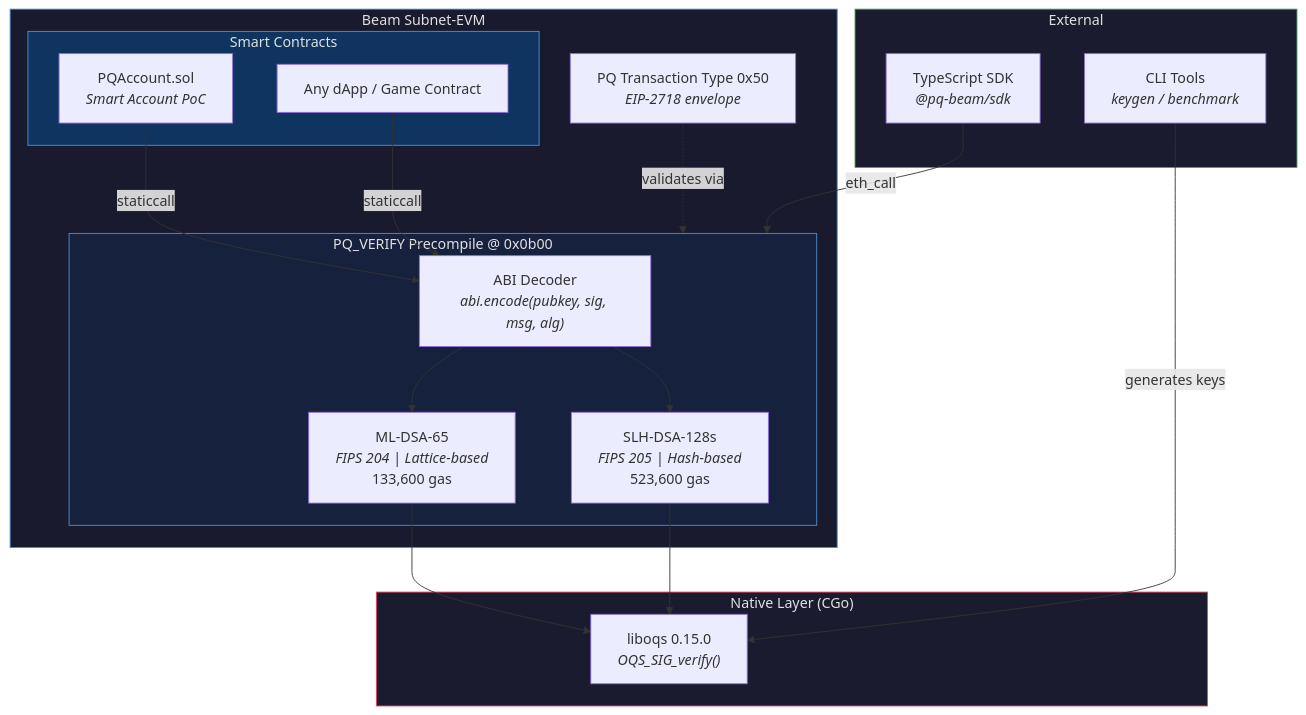
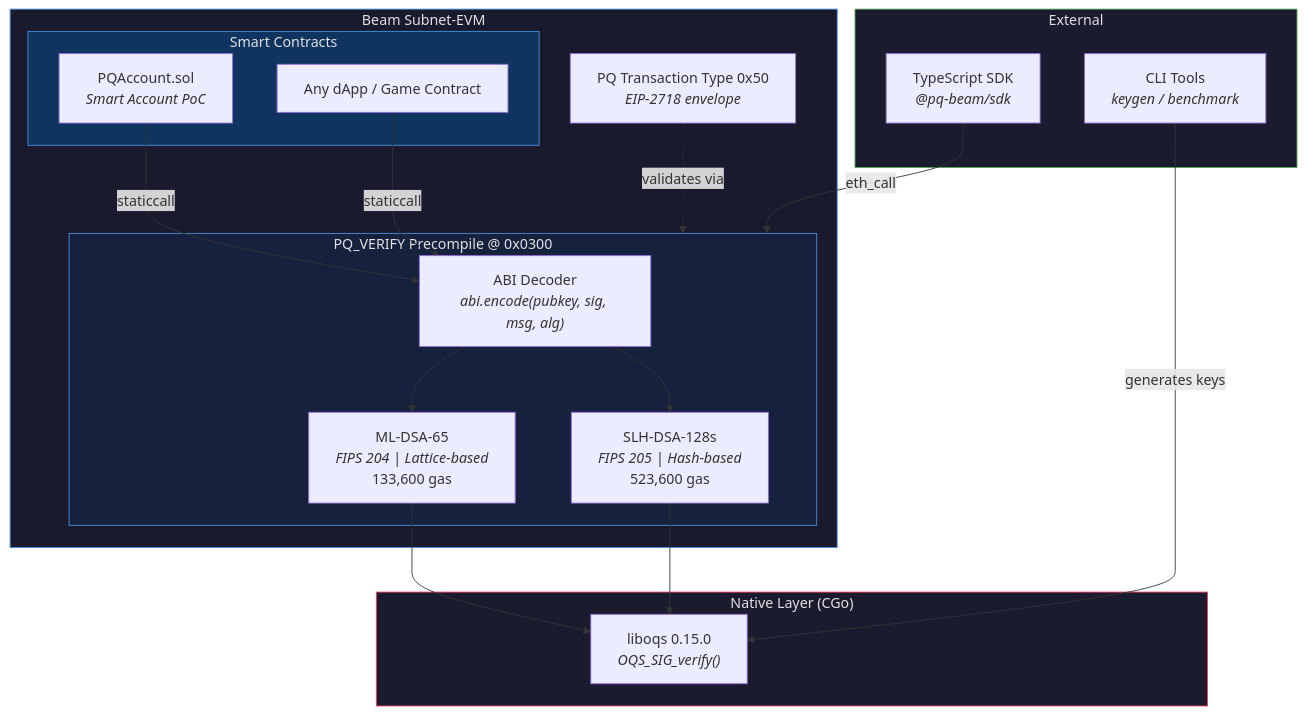
The first of 5 diagrams in README.md (SAHU-01/pq-beam-verify-precompile), drawn with Mermaid before and after one commit. The commit also changed other lines of this file and 6 other files, not shown here.

````diff
--- a/README.md
+++ b/README.md
@@ -25,42 +25,42 @@
 ```mermaid
 graph TB
     subgraph Beam["Beam Subnet-EVM"]
         subgraph Contracts["Smart Contracts"]
             PQAccount["PQAccount.sol<br/><i>Smart Account PoC</i>"]
             DApp["Any dApp / Game Contract"]
         end
 
-        subgraph Precompile["PQ_VERIFY Precompile @ 0x0b00"]
+        subgraph Precompile["PQ_VERIFY Precompile @ 0x0300"]
             ABI["ABI Decoder<br/><i>abi.encode(pubkey, sig, msg, alg)</i>"]
             MLDSA["ML-DSA-65<br/><i>FIPS 204 | Lattice-based</i><br/>133,600 gas"]
             SLH["SLH-DSA-128s<br/><i>FIPS 205 | Hash-based</i><br/>523,600 gas"]
         end
 
         TxType["PQ Transaction Type 0x50<br/><i>EIP-2718 envelope</i>"]
     end
 
     subgraph Native["Native Layer (CGo)"]
         liboqs["liboqs 0.15.0<br/><i>OQS_SIG_verify()</i>"]
     end
 
     subgraph External["External"]
         SDK["TypeScript SDK<br/><i>@pq-beam/sdk</i>"]
         Keygen["CLI Tools<br/><i>keygen / benchmark</i>"]
     end
 
     PQAccount -->|staticcall| ABI
     DApp -->|staticcall| ABI
     ABI --> MLDSA
     ABI --> SLH
     MLDSA --> liboqs
     SLH --> liboqs
     TxType -.->|"validates via"| Precompile
     SDK -->|"eth_call"| Precompile
     Keygen -->|"generates keys"| liboqs
 
     style Beam fill:#1a1a2e,stroke:#4a90d9,color:#e0e0e0
     style Precompile fill:#16213e,stroke:#4a90d9,color:#e0e0e0
     style Contracts fill:#0f3460,stroke:#4a90d9,color:#e0e0e0
     style Native fill:#1b1b2f,stroke:#e94560,color:#e0e0e0
     style External fill:#1b1b2f,stroke:#53a653,color:#e0e0e0
 ```
````
